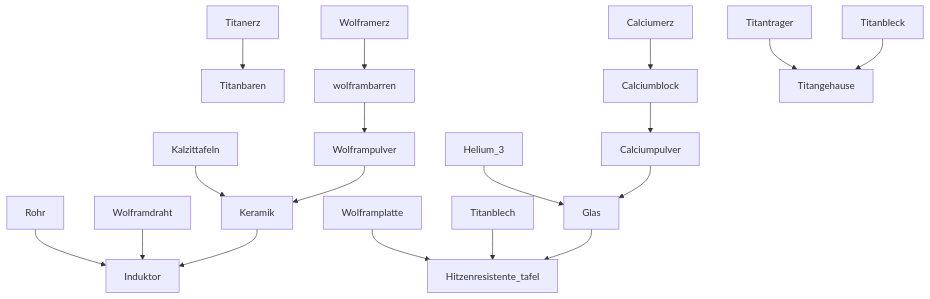
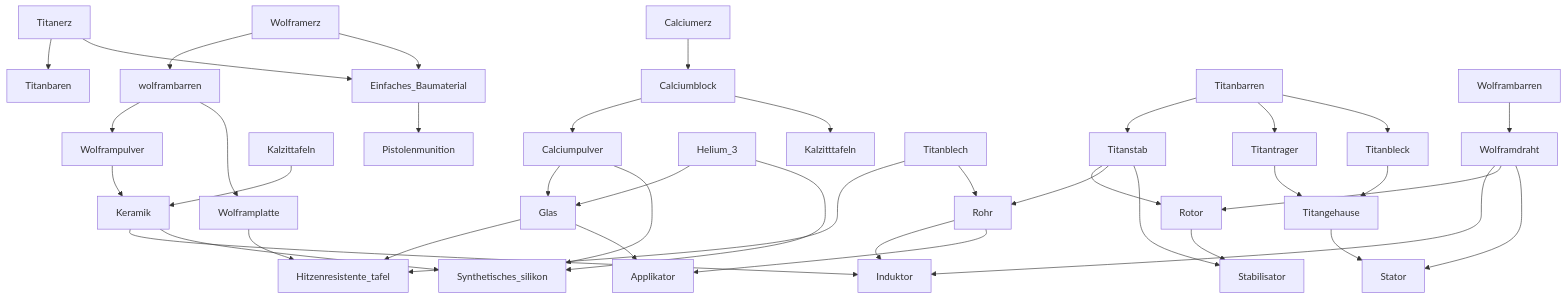
The diagram in tree.md (andrevdl/StarRuptere), drawn with Mermaid before and after one commit.

````diff
--- a/tree.md
+++ b/tree.md
@@ -1,20 +1,42 @@
 ```mermaid
 graph TD;
     Titanerz-->Titanbaren;
     Wolframerz-->wolframbarren;
     Calciumerz-->Calciumblock;
     wolframbarren-->Wolframpulver;
     Calciumblock-->Calciumpulver;
     Kalzittafeln-->Keramik
     Wolframpulver-->Keramik;
     Titantrager-->Titangehause;
     Titanbleck-->Titangehause;
     Helium_3-->Glas
     Calciumpulver-->Glas;
     Rohr-->Induktor;
     Wolframdraht-->Induktor;
     Keramik-->Induktor;
     Wolframplatte-->Hitzenresistente_tafel;
     Titanblech-->Hitzenresistente_tafel;
     Glas-->Hitzenresistente_tafel;
+    Calciumpulver-->Synthetisches_silikon;
+    Helium_3-->Synthetisches_silikon;
+    Keramik-->Synthetisches_silikon;
+    Wolframerz-->Einfaches_Baumaterial;
+    Titanerz-->Einfaches_Baumaterial;
+    Einfaches_Baumaterial-->Pistolenmunition;
+    Titanbarren-->Titanstab;
+    Wolframbarren-->Wolframdraht;
+    Calciumblock-->Kalzitttafeln;
+    Titanbarren-->Titantrager;
+    Titanbarren-->Titanbleck;
+    wolframbarren-->Wolframplatte;
+    Titanstab-->Rotor;
+    Wolframdraht-->Rotor;
+    Titanstab-->Rohr;
+    Titanblech-->Rohr;
+    Rotor-->Stabilisator;
+    Titanstab-->Stabilisator;
+    Titangehause-->Stator;
+    Wolframdraht-->Stator;
+    Rohr-->Applikator;
+    Glas-->Applikator;
 ```
````
